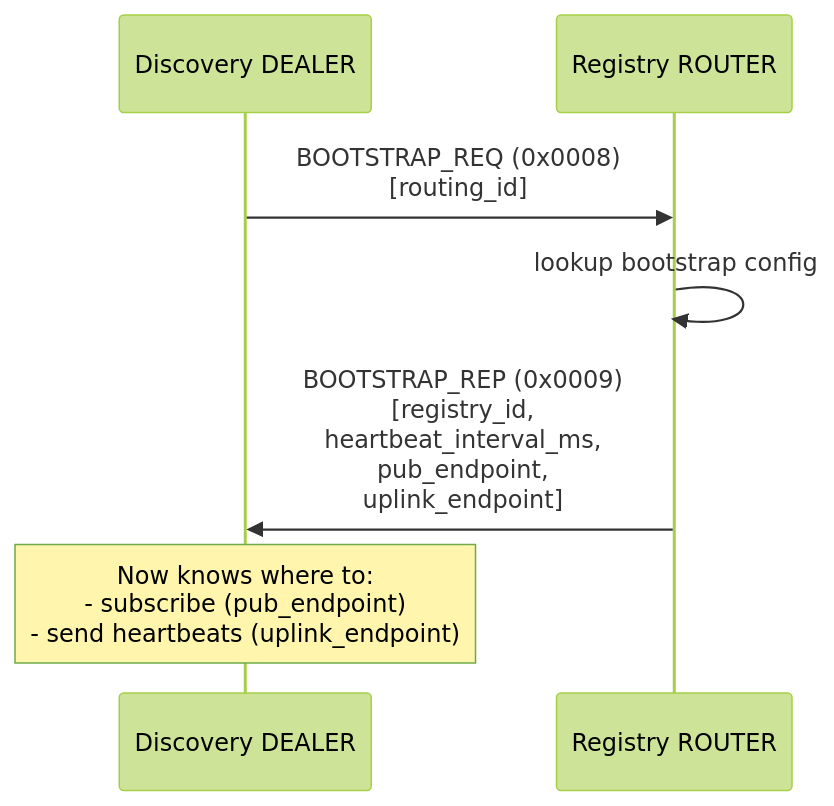
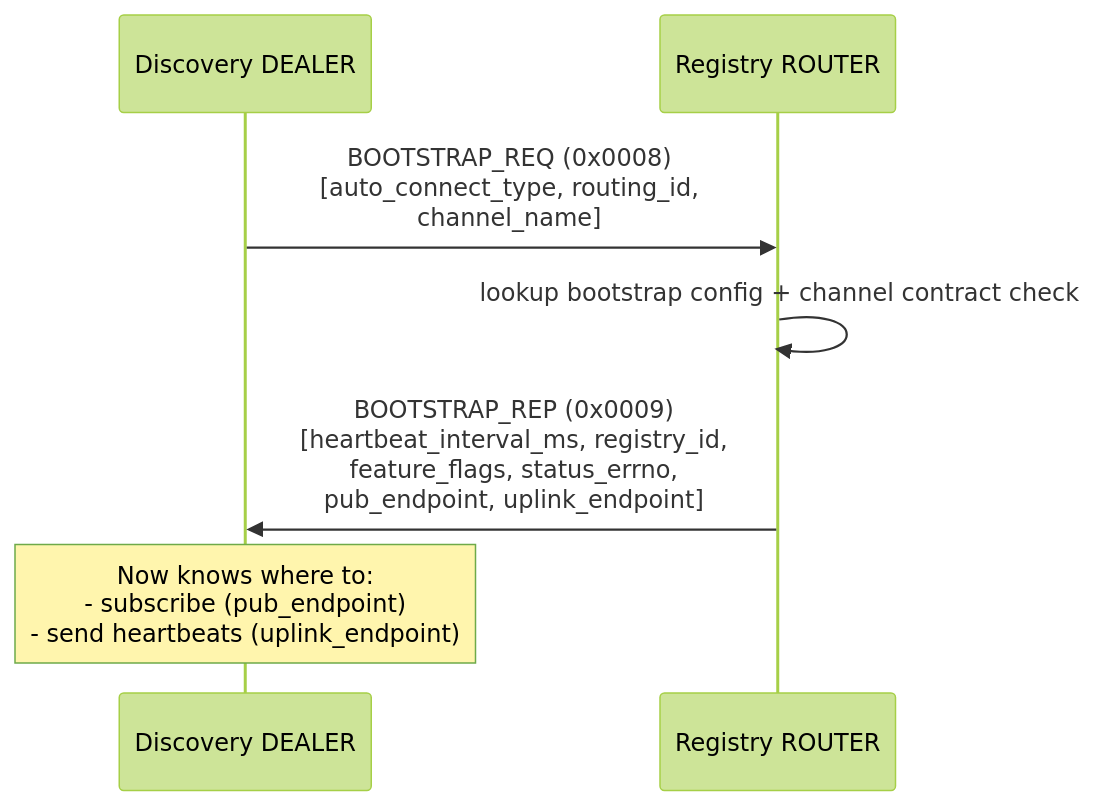
Before and after one commit to kairos-code-dev/zlink: the ninth of 9 diagrams in core/doc/internals/registry-internals.md, drawn with Mermaid (forest theme). The commit also changed other lines of this file, not shown here.

First line of the commit message:
docs(core): registry-internals.md EN 동기화 — 데이터 구조/프레임/control task/BOOTSTRAP

````diff
--- a/core/doc/internals/registry-internals.md
+++ b/core/doc/internals/registry-internals.md
@@ -296,11 +297,11 @@
 ```mermaid
 sequenceDiagram
     participant Disc as Discovery DEALER
     participant Router as Registry ROUTER
 
-    Disc->>Router: BOOTSTRAP_REQ (0x0008)<br/>[routing_id]
-    Router->>Router: lookup bootstrap config
-    Router->>Disc: BOOTSTRAP_REP (0x0009)<br/>[registry_id,<br/>heartbeat_interval_ms,<br/>pub_endpoint,<br/>uplink_endpoint]
+    Disc->>Router: BOOTSTRAP_REQ (0x0008)<br/>[auto_connect_type, routing_id,<br/>channel_name]
+    Router->>Router: lookup bootstrap config + channel contract check
+    Router->>Disc: BOOTSTRAP_REP (0x0009)<br/>[heartbeat_interval_ms, registry_id,<br/>feature_flags, status_errno,<br/>pub_endpoint, uplink_endpoint]
 
     Note over Disc: Now knows where to:<br/>- subscribe (pub_endpoint)<br/>- send heartbeats (uplink_endpoint)
 ```
````
